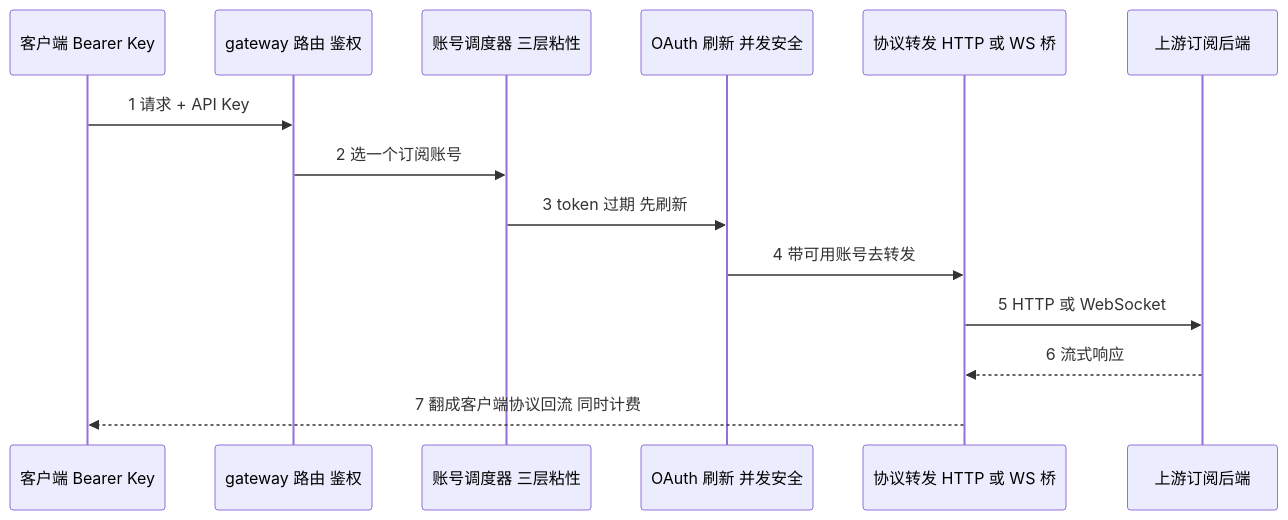
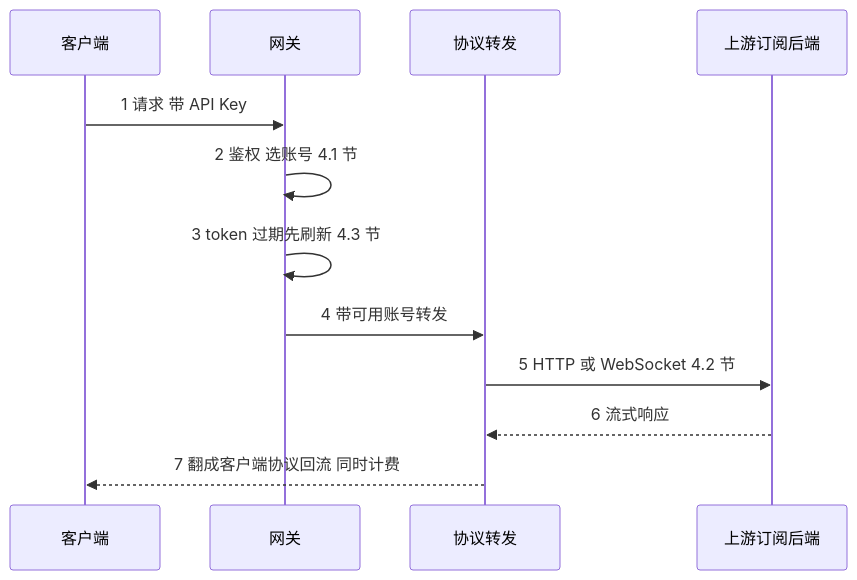
The first of 4 diagrams in book/03-sub2api.md (diguike/book-source-reading), drawn with Mermaid before and after one commit. The commit also changed other lines of this file and 27 other files, not shown here.

````diff
--- a/book/03-sub2api.md
+++ b/book/03-sub2api.md
@@ -76,16 +76,14 @@
 ```mermaid
 sequenceDiagram
-    participant C as 客户端 Bearer Key
-    participant G as gateway 路由 鉴权
-    participant S as 账号调度器 三层粘性
-    participant R as OAuth 刷新 并发安全
-    participant F as 协议转发 HTTP 或 WS 桥
+    participant C as 客户端
+    participant G as 网关
+    participant F as 协议转发
     participant U as 上游订阅后端
-    C->>G: 1 请求 + API Key
-    G->>S: 2 选一个订阅账号
-    S->>R: 3 token 过期 先刷新
-    R->>F: 4 带可用账号去转发
-    F->>U: 5 HTTP 或 WebSocket
+    C->>G: 1 请求 带 API Key
+    G->>G: 2 鉴权 选账号 4.1 节
+    G->>G: 3 token 过期先刷新 4.3 节
+    G->>F: 4 带可用账号转发
+    F->>U: 5 HTTP 或 WebSocket 4.2 节
     U-->>F: 6 流式响应
     F-->>C: 7 翻成客户端协议回流 同时计费
 ```
````
